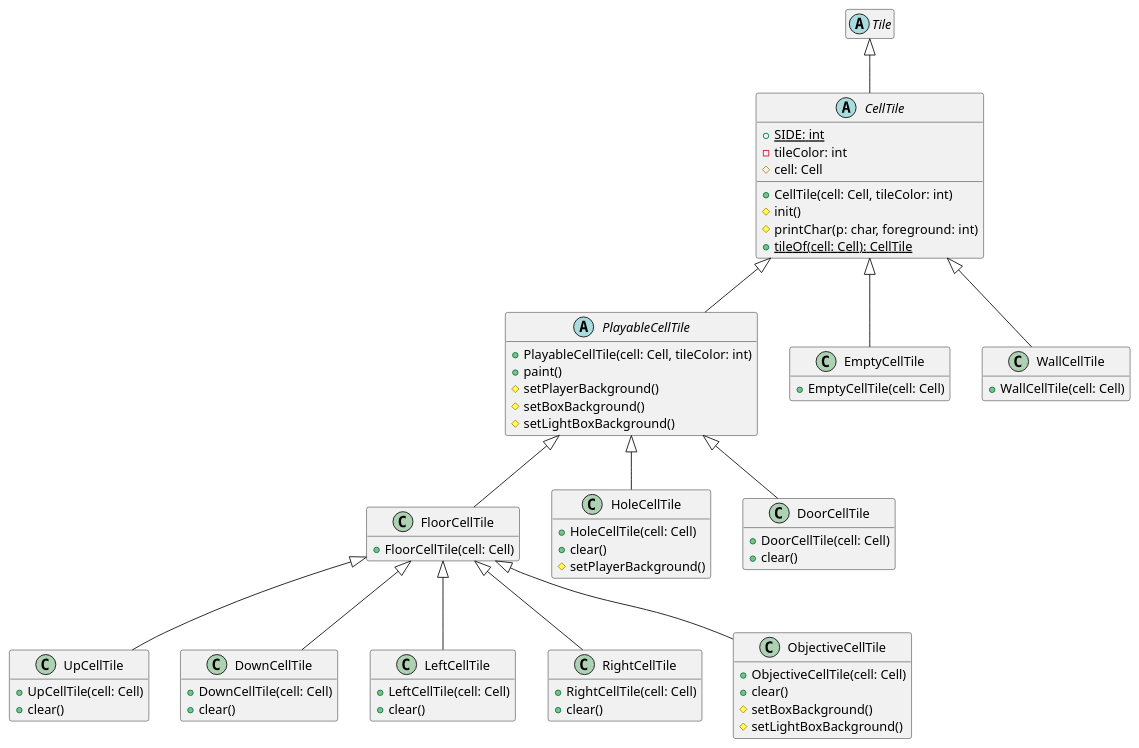
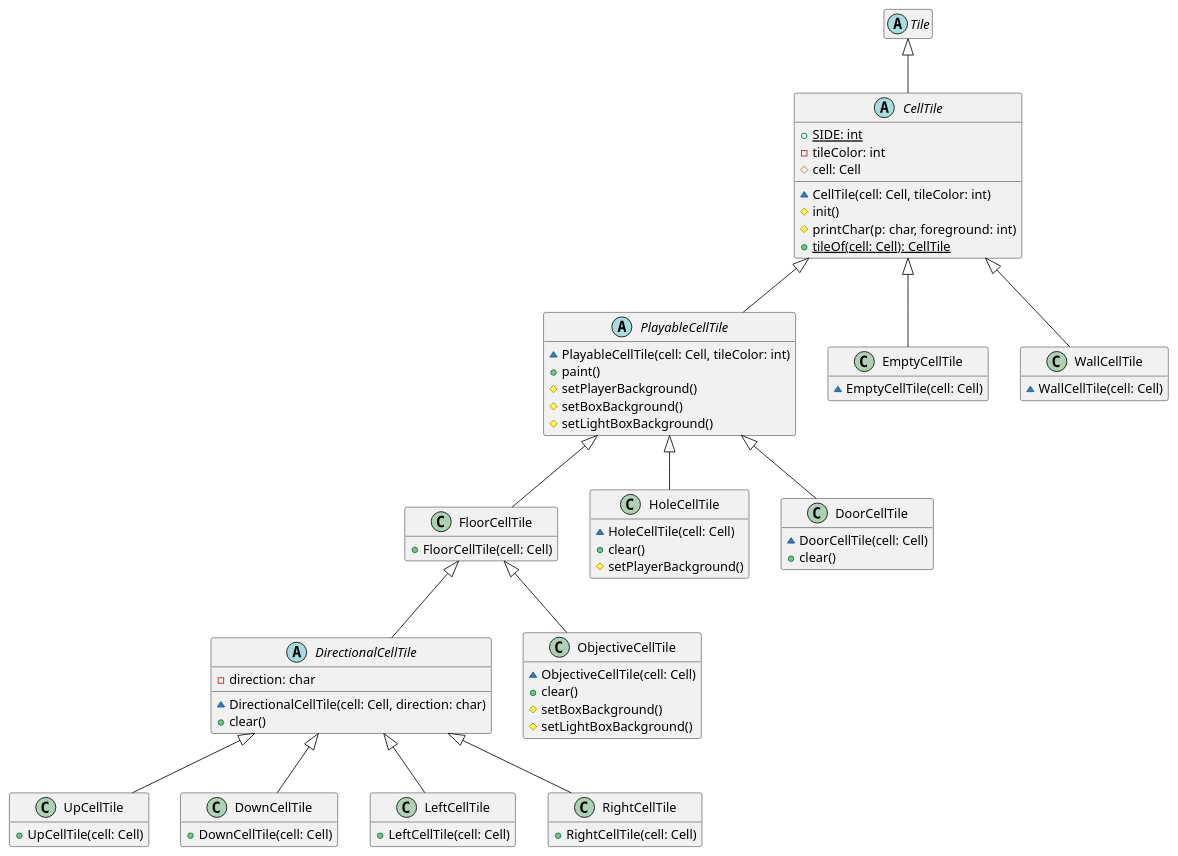
One commit to xploitedd/Sokoban changed the diagram in diagrams/CellTiles.puml. Above: the diagram before and after it, drawn with PlantUML. The commit also changed 17 other files, not shown here.

```diff
--- a/diagrams/CellTiles.puml
+++ b/diagrams/CellTiles.puml
@@ -1,90 +1,94 @@
 @startuml
 hide empty members
 
 Tile <|-- CellTile
 
 CellTile <|-- PlayableCellTile
 CellTile <|-- EmptyCellTile
 PlayableCellTile <|-- FloorCellTile
 PlayableCellTile <|-- HoleCellTile
 PlayableCellTile <|-- DoorCellTile
 CellTile <|-- WallCellTile
 
-FloorCellTile <|-- UpCellTile
-FloorCellTile <|-- DownCellTile
-FloorCellTile <|-- LeftCellTile
-FloorCellTile <|-- RightCellTile
+DirectionalCellTile <|-- UpCellTile
+DirectionalCellTile <|-- DownCellTile
+DirectionalCellTile <|-- LeftCellTile
+DirectionalCellTile <|-- RightCellTile
+
+FloorCellTile <|-- DirectionalCellTile
 FloorCellTile <|-- ObjectiveCellTile
 
 abstract class Tile
 
 abstract class CellTile {
     +{static} SIDE: int
     -tileColor: int
     #cell: Cell
 
-    +CellTile(cell: Cell, tileColor: int)
+    ~CellTile(cell: Cell, tileColor: int)
     #init()
     #printChar(p: char, foreground: int)
     +{static} tileOf(cell: Cell): CellTile
 }
 
 abstract class PlayableCellTile {
-    +PlayableCellTile(cell: Cell, tileColor: int)
+    ~PlayableCellTile(cell: Cell, tileColor: int)
     +paint()
     #setPlayerBackground()
     #setBoxBackground()
     #setLightBoxBackground()
+}
+
+abstract class DirectionalCellTile {
+    -direction: char
+    ~DirectionalCellTile(cell: Cell, direction: char)
+    +clear()
 }
 
 class FloorCellTile {
     +FloorCellTile(cell: Cell)
 }
 
 class UpCellTile {
     +UpCellTile(cell: Cell)
-    +clear()
 }
 
 class DownCellTile {
     +DownCellTile(cell: Cell)
-    +clear()
 }
 
 class LeftCellTile {
     +LeftCellTile(cell: Cell)
-    +clear()
 }
 
 class RightCellTile {
     +RightCellTile(cell: Cell)
-    +clear()
 }
 
 class EmptyCellTile {
-    +EmptyCellTile(cell: Cell)
+    ~EmptyCellTile(cell: Cell)
 }
 
 class WallCellTile {
-    +WallCellTile(cell: Cell)
+    ~WallCellTile(cell: Cell)
 }
 
 class HoleCellTile {
-    +HoleCellTile(cell: Cell)
+    ~HoleCellTile(cell: Cell)
     +clear()
     #setPlayerBackground()
 }
 
 class DoorCellTile {
-    +DoorCellTile(cell: Cell)
+    ~DoorCellTile(cell: Cell)
     +clear()
 }
 
 class ObjectiveCellTile {
-    +ObjectiveCellTile(cell: Cell)
+    ~ObjectiveCellTile(cell: Cell)
     +clear()
     #setBoxBackground()
     #setLightBoxBackground()
 }
 
 @enduml
```
